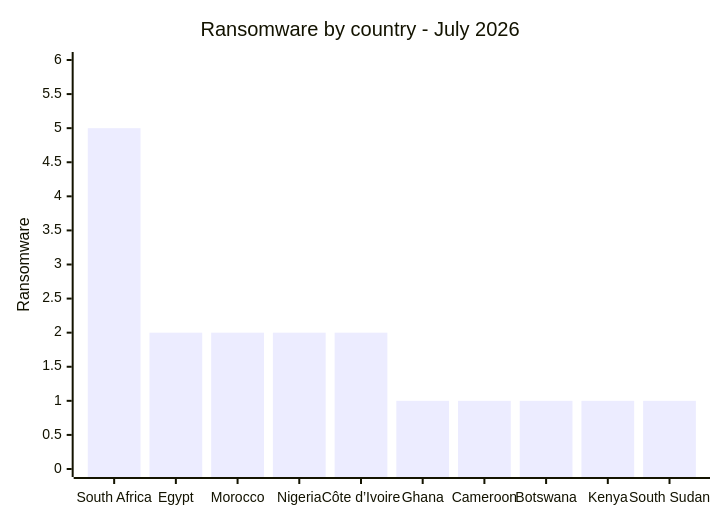
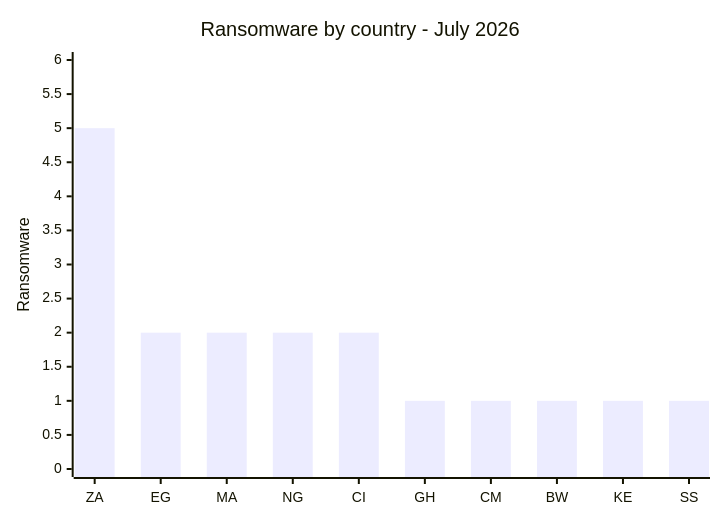
One commit to Hatchepsoute/AFRINTEL changed the third of 8 diagrams in CyberAttackAfrica/2026/07-july/README.md. Above: the diagram before and after it, drawn with Mermaid. The commit also changed other lines of this file and 2 other files, not shown here.

```diff
--- a/CyberAttackAfrica/2026/07-july/README.md
+++ b/CyberAttackAfrica/2026/07-july/README.md
@@ -102,7 +104,7 @@
 ~~~mermaid
 xychart-beta
     title "Ransomware by country - July 2026"
-    x-axis ["South Africa","Egypt","Morocco","Nigeria","Côte d’Ivoire","Ghana","Cameroon","Botswana","Kenya","South Sudan"]
+    x-axis ["ZA","EG","MA","NG","CI","GH","CM","BW","KE","SS"]
     y-axis "Ransomware" 0 --> 6
     bar [5,2,2,2,2,1,1,1,1,1]
 ~~~
```
